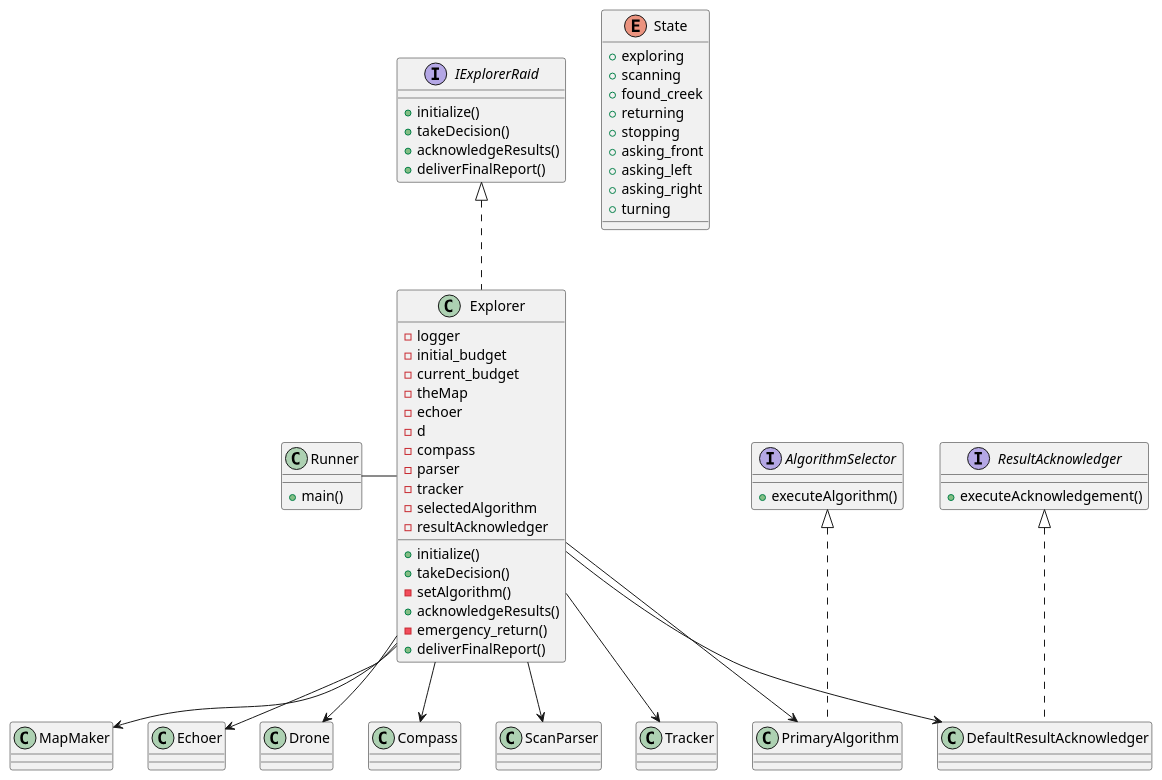
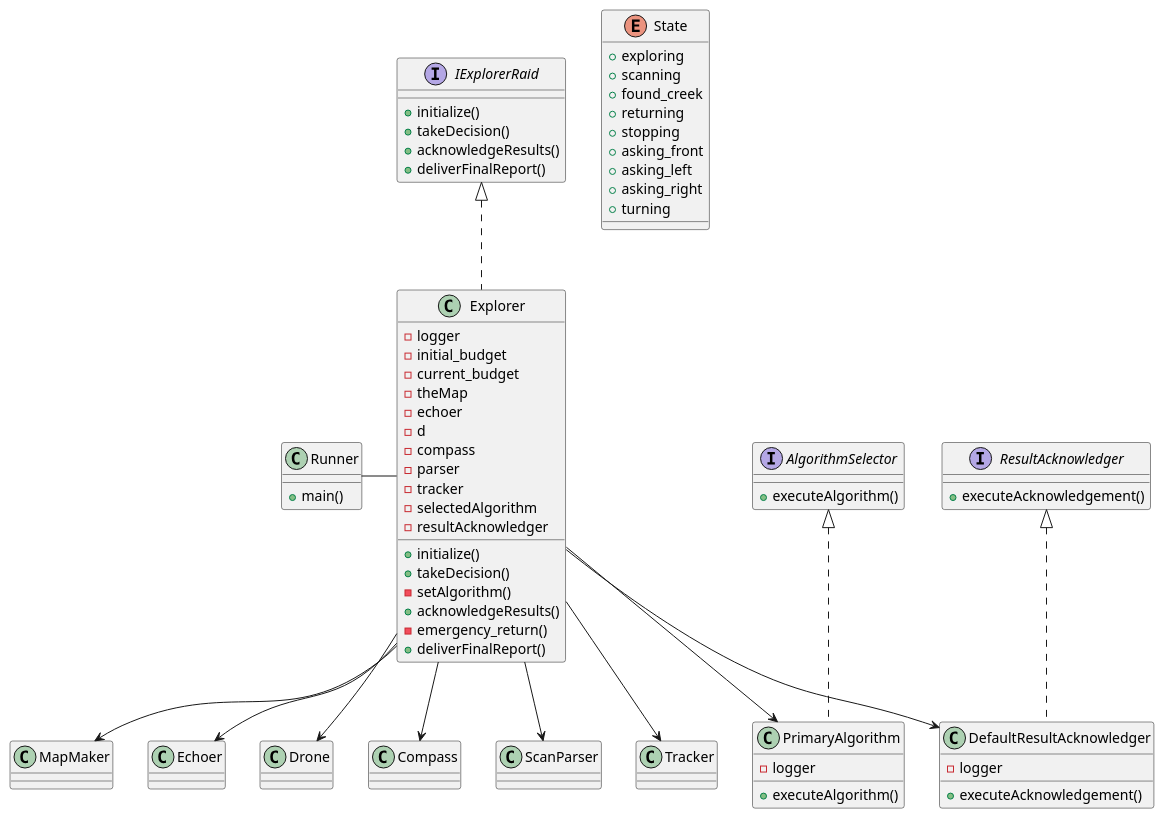
Before and after one commit to nehadst/Drone-Rescue: the diagram in team102_UML.plantuml, drawn with PlantUML.

Commit message:
Added fields and methods for PrimaryAlgorithm and DefaultResultAcknowledger #11

```diff
--- a/team102_UML.plantuml
+++ b/team102_UML.plantuml
@@ -1,68 +1,73 @@
 @startuml Team102_UML
 
 class Runner {
     +main()
 }
 
 Runner - Explorer
 
 interface IExplorerRaid {
     +initialize()
     +takeDecision()
     +acknowledgeResults()
     +deliverFinalReport()
 }
 
 interface AlgorithmSelector {
     +executeAlgorithm()
 }
 
 interface ResultAcknowledger {
     +executeAcknowledgement()
 }
 
 class Explorer implements IExplorerRaid {
     -logger
     -initial_budget
     -current_budget
     -theMap
     -echoer
     - d
     -compass
     -parser
     -tracker
     -selectedAlgorithm
     -resultAcknowledger
     +initialize()
     +takeDecision()
     -setAlgorithm()
     +acknowledgeResults()
     -emergency_return()
     +deliverFinalReport()
 
 }
 enum State {
     +exploring
     +scanning
     +found_creek
     +returning
     +stopping
     +asking_front
     +asking_left
     +asking_right
     +turning
 }
 Explorer --> MapMaker
 Explorer --> Echoer
 Explorer --> Drone
 Explorer --> Compass
 Explorer --> ScanParser
 Explorer --> Tracker
 Explorer --> PrimaryAlgorithm
 Explorer --> DefaultResultAcknowledger
 
-class PrimaryAlgorithm implements AlgorithmSelector
-class DefaultResultAcknowledger implements ResultAcknowledger
-
+class PrimaryAlgorithm implements AlgorithmSelector {
+    -logger
+    +executeAlgorithm()
+}
+class DefaultResultAcknowledger implements ResultAcknowledger {
+    -logger
+    +executeAcknowledgement()
+}
 
 @enduml
```
